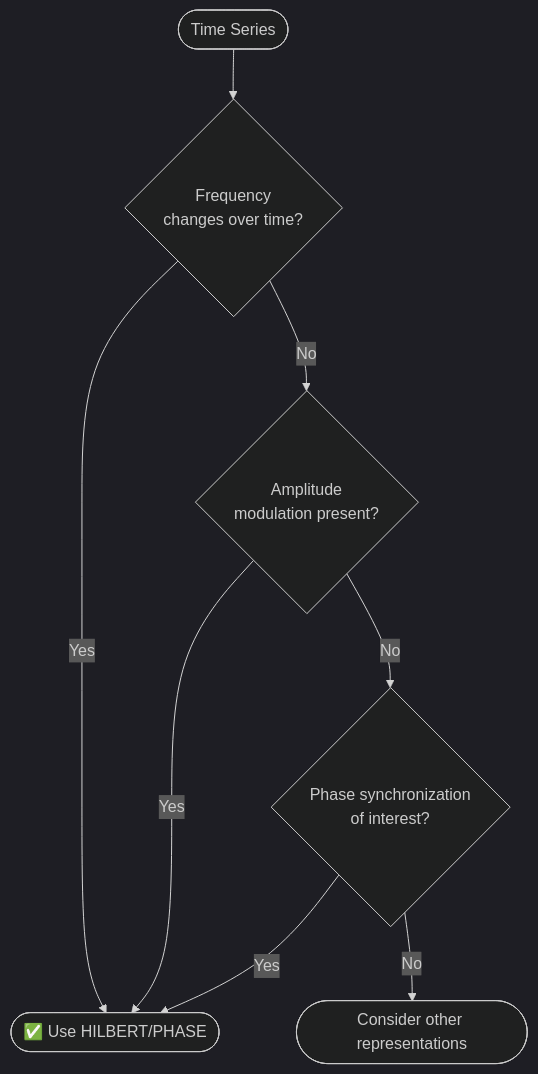
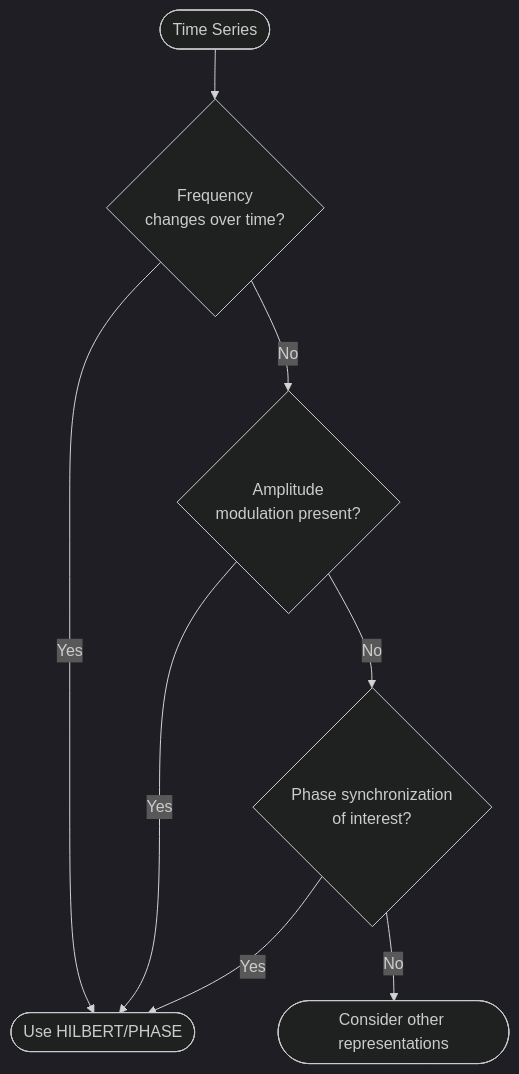
Diagram 13 of 14 in docs/01-master-flowchart/03-representation-workflow.md (Shuxin-Y/time-series-analysis-manual), drawn with Mermaid (dark theme) before and after one commit. The commit also changed other lines of this file and 3 other files, not shown here.

First line of the commit message:
Enable Mermaid rendering and remove all emojis from flowcharts

````diff
--- a/docs/01-master-flowchart/03-representation-workflow.md
+++ b/docs/01-master-flowchart/03-representation-workflow.md
@@ -686,19 +686,19 @@
 ```mermaid
 graph TD
     START([Time Series]) --> QUESTION1
 
     QUESTION1{Frequency<br/>changes over time?}
     QUESTION1 -->|Yes| HILB_GOOD
     QUESTION1 -->|No| QUESTION2
 
     QUESTION2{Amplitude<br/>modulation present?}
     QUESTION2 -->|Yes| HILB_GOOD
     QUESTION2 -->|No| QUESTION3
 
     QUESTION3{Phase synchronization<br/>of interest?}
     QUESTION3 -->|Yes| HILB_GOOD
     QUESTION3 -->|No| CONSIDER_OTHER
 
-    HILB_GOOD([✅ Use HILBERT/PHASE])
+    HILB_GOOD([Use HILBERT/PHASE])
     CONSIDER_OTHER([Consider other representations])
 ```
````
